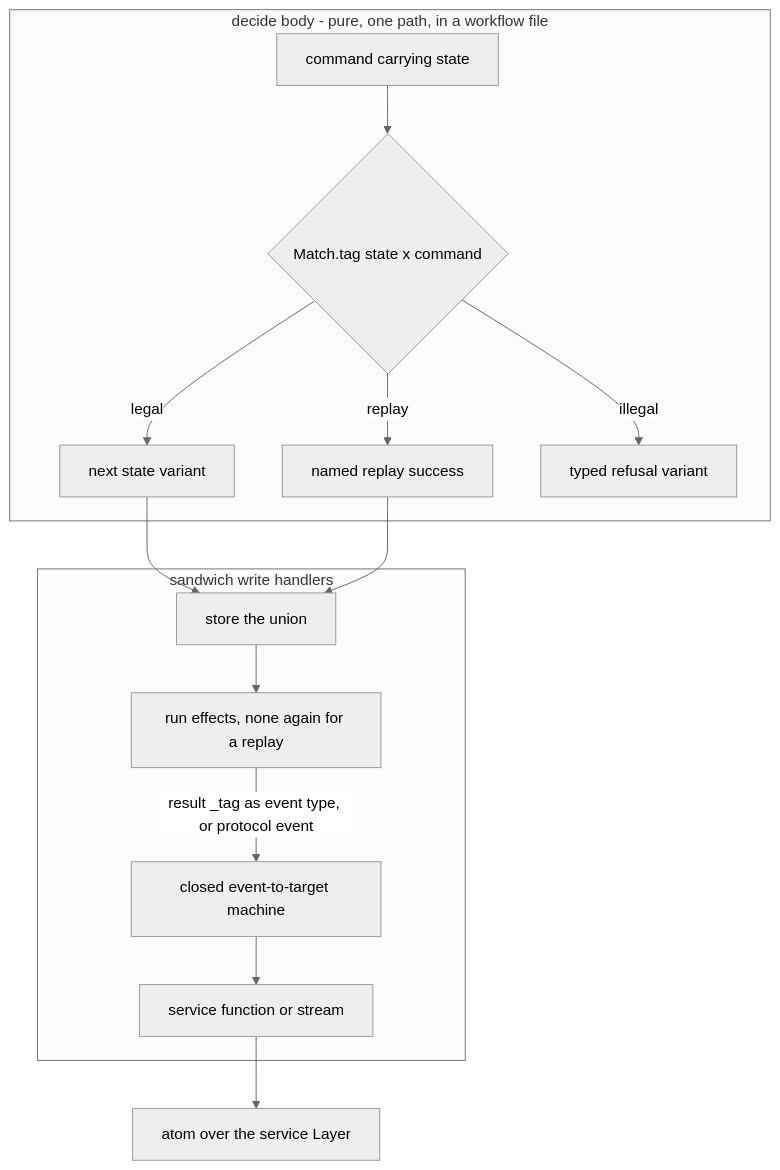
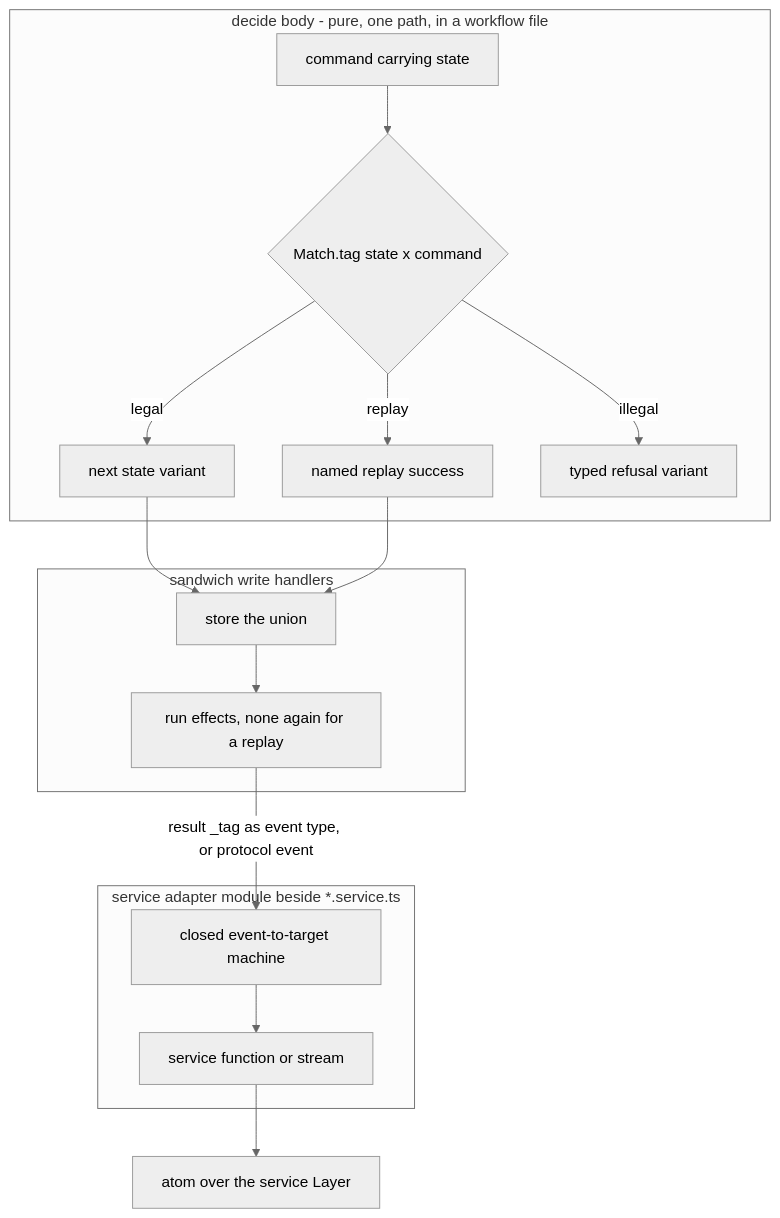
Before and after one commit to systemfsoftware/systemfsoftware: the second of 3 diagrams in docs/plans/2026-10-12-1722-feat-decision-machine-placement-plan.md, drawn with Mermaid (neutral theme). The commit also changed other lines of this file, not shown here.

Commit message:
docs(plans): apply round-3 review to the decision-machine placement plan

````diff
--- a/docs/plans/2026-10-12-1722-feat-decision-machine-placement-plan.md
+++ b/docs/plans/2026-10-12-1722-feat-decision-machine-placement-plan.md
@@ -238,17 +241,19 @@
 ```mermaid
 flowchart TB
   subgraph core[decide body - pure, one path, in a workflow file]
     CMD[command carrying state] --> MT{Match.tag state x command}
     MT -->|legal| NX[next state variant]
     MT -->|replay| RS[named replay success]
     MT -->|illegal| RF[typed refusal variant]
   end
   subgraph shell[sandwich write handlers]
     ST[store the union] --> EF[run effects, none again for a replay]
-    EF -->|result _tag as event type, or protocol event| SM[closed event-to-target machine]
-    SM --> SF[service function or stream]
   end
+  subgraph adapter[service adapter module beside *.service.ts]
+    SM[closed event-to-target machine] --> SF[service function or stream]
+  end
+  EF -->|result _tag as event type, or protocol event| SM
   NX --> ST
   RS --> ST
   SF --> AT[atom over the service Layer]
 ```
````
